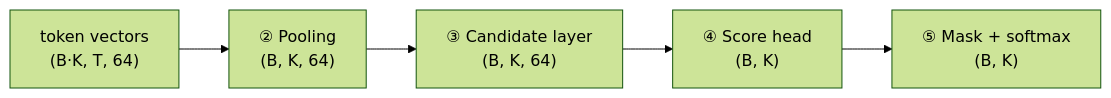
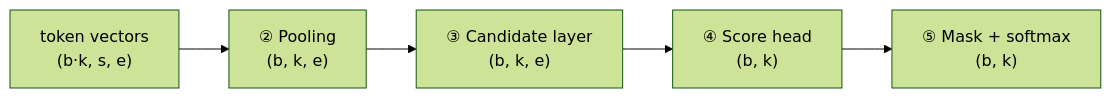
The first of 2 diagrams in docs/04-decision-head.md (benisalla/tiny-dlms), drawn with Mermaid (forest theme) before and after one commit. The commit also changed 22 other files, not shown here.

````diff
--- a/docs/04-decision-head.md
+++ b/docs/04-decision-head.md
@@ -8,7 +8,7 @@
 ```mermaid
 flowchart LR
-    H["token vectors<br/>(B·K, T, 64)"] --> P["② Pooling<br/>(B, K, 64)"]
-    P --> C["③ Candidate layer<br/>(B, K, 64)"]
-    C --> S["④ Score head<br/>(B, K)"]
-    S --> M["⑤ Mask + softmax<br/>(B, K)"]
+    H["token vectors<br/>(b·k, s, e)"] --> P["② Pooling<br/>(b, k, e)"]
+    P --> C["③ Candidate layer<br/>(b, k, e)"]
+    C --> S["④ Score head<br/>(b, k)"]
+    S --> M["⑤ Mask + softmax<br/>(b, k)"]
 ```
````
